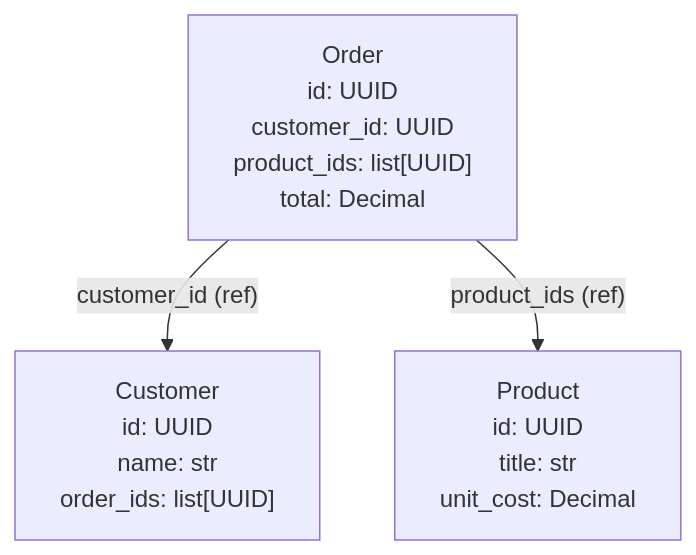
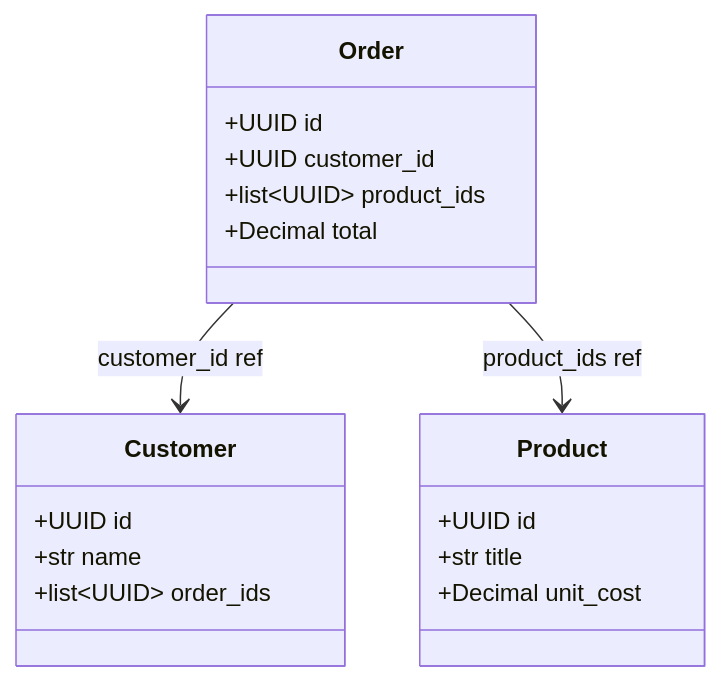
Before and after one commit to release-art/pydantic-prism: the fourth of 5 diagrams in examples/graph/README.md, drawn with Mermaid. The commit also changed other lines of this file and 7 other files, not shown here.

````diff
--- a/examples/graph/README.md
+++ b/examples/graph/README.md
@@ -73,9 +98,22 @@
 ```mermaid
-graph TD
-    Customer["Customer<br/>id: UUID<br/>name: str<br/>order_ids: list[UUID]"]
-    Order["Order<br/>id: UUID<br/>customer_id: UUID<br/>product_ids: list[UUID]<br/>total: Decimal"]
-    Product["Product<br/>id: UUID<br/>title: str<br/>unit_cost: Decimal"]
-    Order -->|"customer_id (ref)"| Customer
-    Order -->|"product_ids (ref)"| Product
-    classDef partial stroke-dasharray: 5 5;
+classDiagram
+    direction TB
+    class Customer {
+        +UUID id
+        +str name
+        +list~UUID~ order_ids
+    }
+    class Order {
+        +UUID id
+        +UUID customer_id
+        +list~UUID~ product_ids
+        +Decimal total
+    }
+    class Product {
+        +UUID id
+        +str title
+        +Decimal unit_cost
+    }
+    Order --> Customer : customer_id ref
+    Order --> Product : product_ids ref
 ```
````
